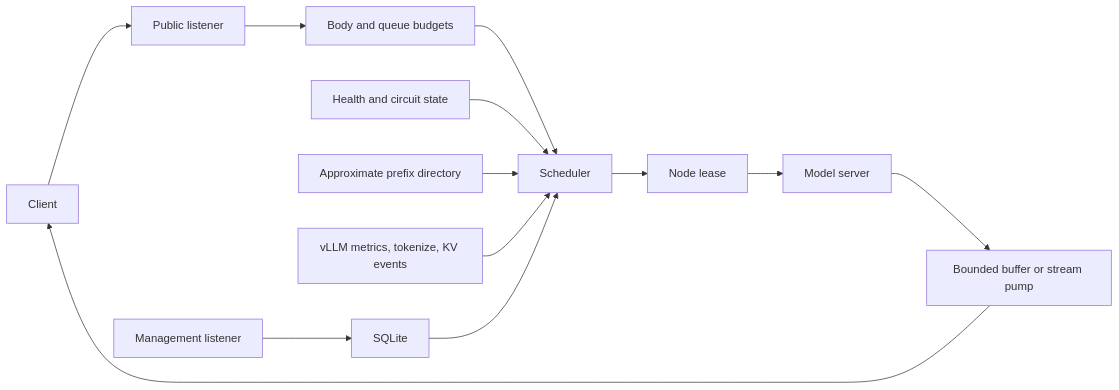
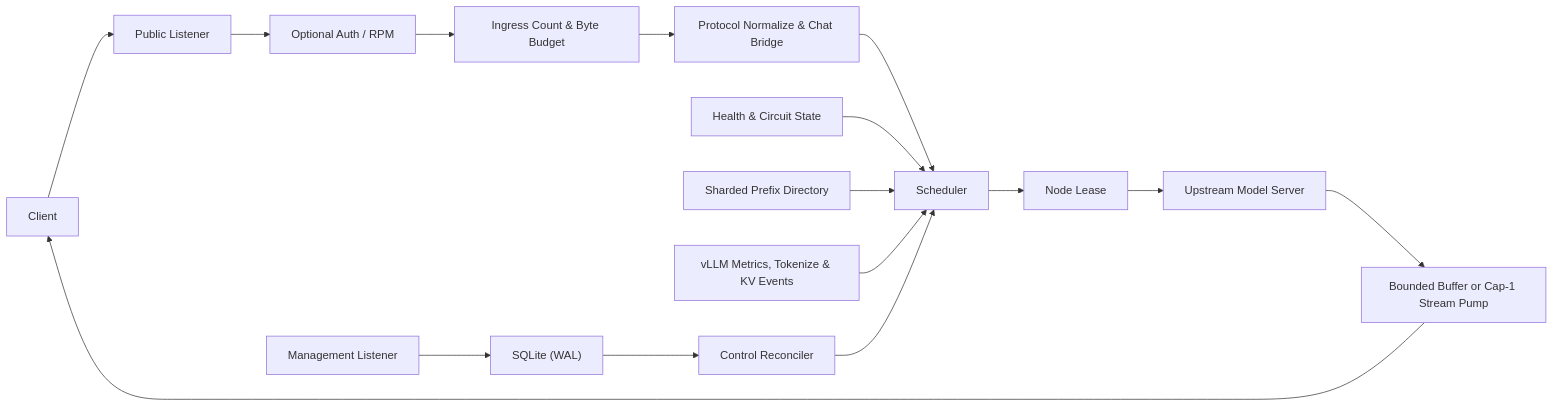
The diagram in docs/architecture.md (iMMIQ/estuary), drawn with Mermaid before and after one commit. The commit also changed other lines of this file and 16 other files, not shown here.

````diff
--- a/docs/architecture.md
+++ b/docs/architecture.md
@@ -10,15 +7,18 @@
 ```mermaid
 flowchart LR
-    Client --> Public[Public listener]
-    Public --> Admission[Body and queue budgets]
-    Admission --> Scheduler
-    Health[Health and circuit state] --> Scheduler
-    Prefix[Approximate prefix directory] --> Scheduler
-    VLLM[vLLM metrics, tokenize, KV events] --> Scheduler
-    Scheduler --> Node[Node lease]
-    Node --> Upstream[Model server]
-    Upstream --> Buffer[Bounded buffer or stream pump]
-    Buffer --> Client
-    Admin[Management listener] --> SQLite
-    SQLite --> Scheduler
+    Client --> Public["Public Listener"]
+    Public --> Auth["Optional Auth / RPM"]
+    Auth --> Admission["Ingress Count & Byte Budget"]
+    Admission --> Bridge["Protocol Normalize & Chat Bridge"]
+    Bridge --> Scheduler["Scheduler"]
+    Health["Health & Circuit State"] --> Scheduler
+    Prefix["Sharded Prefix Directory"] --> Scheduler
+    VLLM["vLLM Metrics, Tokenize & KV Events"] --> Scheduler
+    Scheduler --> Lease["Node Lease"]
+    Lease --> Upstream["Upstream Model Server"]
+    Upstream --> Delivery["Bounded Buffer or Cap-1 Stream Pump"]
+    Delivery --> Client
+    Admin["Management Listener"] --> SQLite["SQLite (WAL)"]
+    SQLite --> Reconciler["Control Reconciler"]
+    Reconciler --> Scheduler
 ```
````
